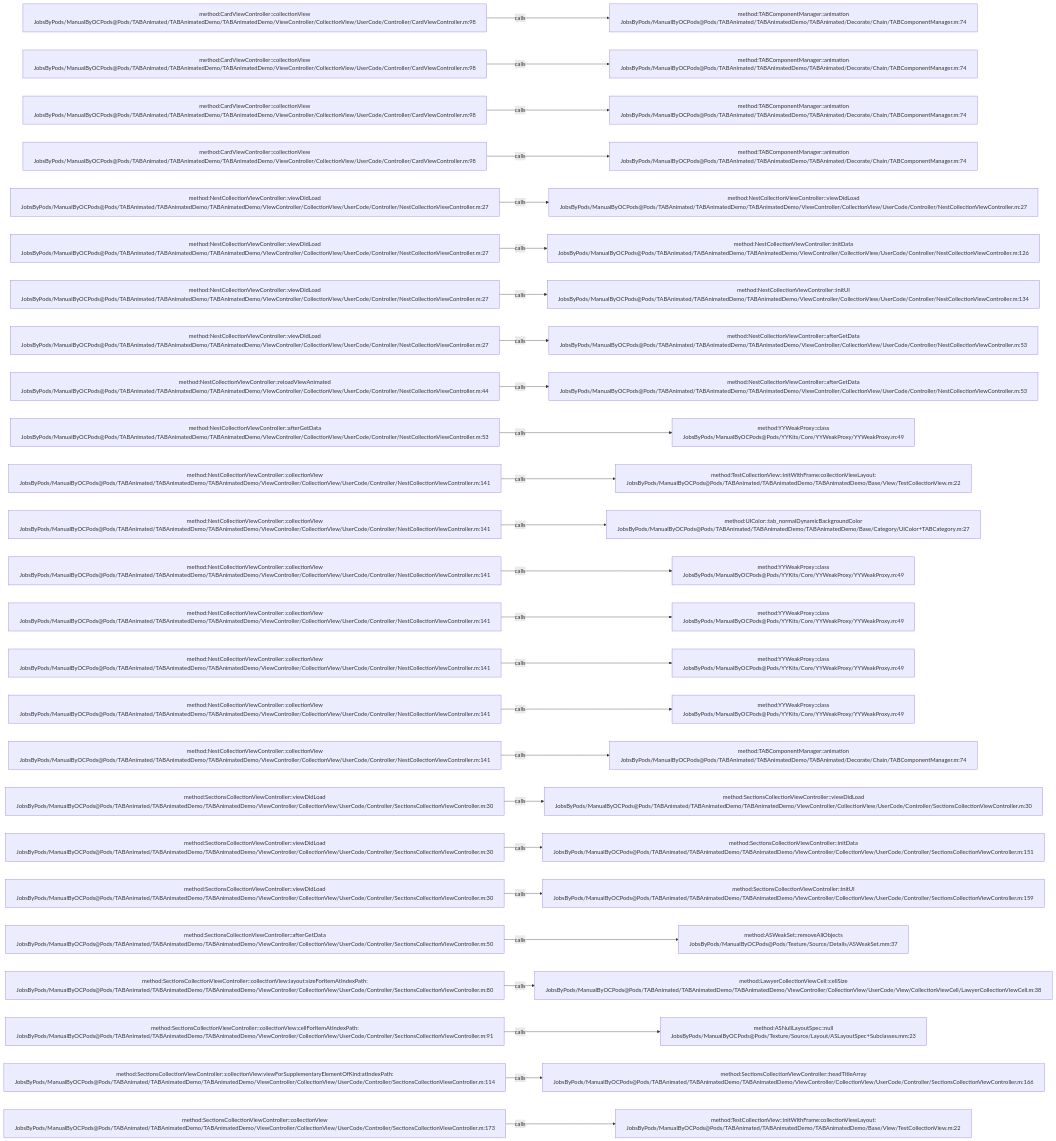
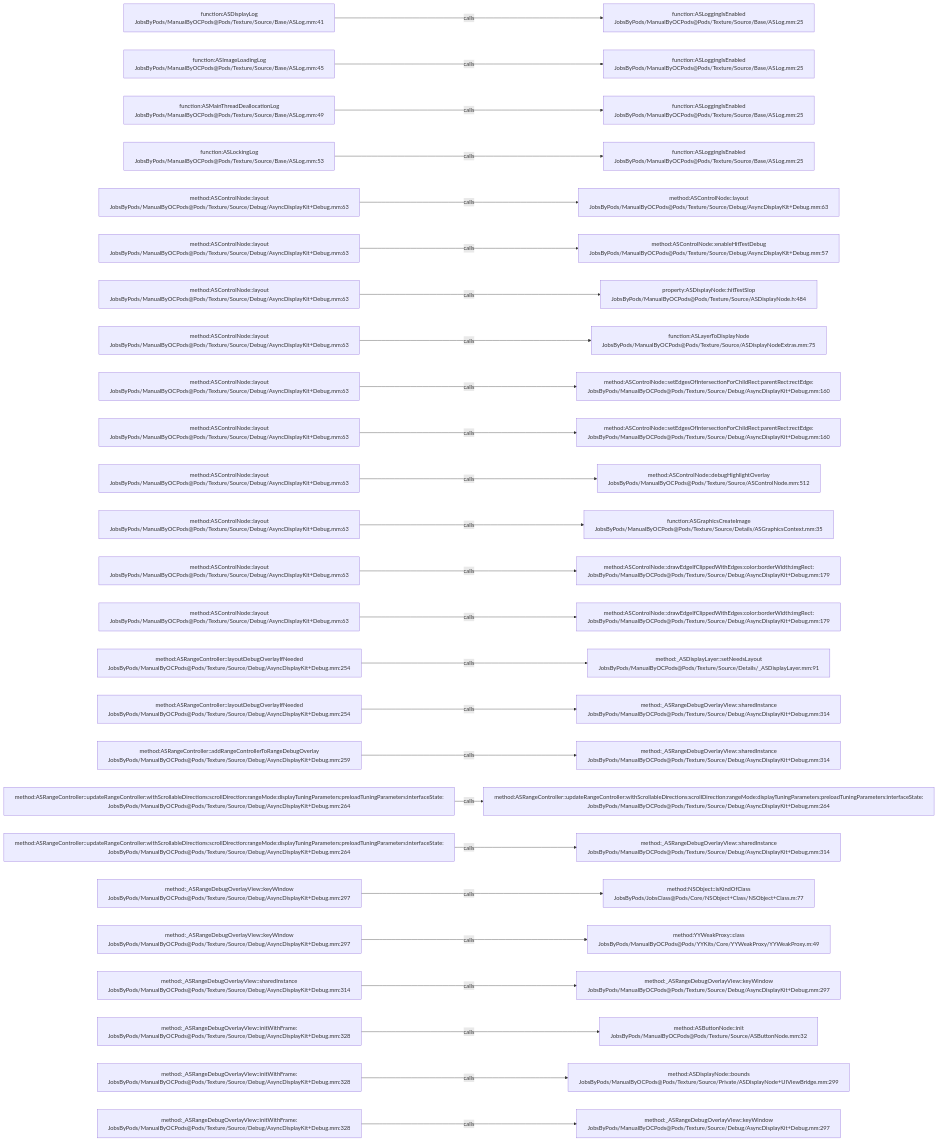
Before and after one commit to JobsKits/JobsOCBaseConfigDemo: the diagram in .codegraph/codegraph.md/graphs/calls-156.md, drawn with Mermaid. The commit also changed 2162 other files, not shown here.

````diff
--- a/.codegraph/codegraph.md/graphs/calls-156.md
+++ b/.codegraph/codegraph.md/graphs/calls-156.md
@@ -13,78 +13,78 @@
 ```mermaid
 flowchart LR
-  S1["method:CardViewController::collectionView<br/>JobsByPods/ManualByOCPods@Pods/TABAnimated/TABAnimatedDemo/TABAnimatedDemo/ViewController/CollectionView/UserCode/Controller/CardViewController.m:98"]
-  T1["method:TABComponentManager::animation<br/>JobsByPods/ManualByOCPods@Pods/TABAnimated/TABAnimatedDemo/TABAnimated/Decorate/Chain/TABComponentManager.m:74"]
+  S1["function:ASDisplayLog<br/>JobsByPods/ManualByOCPods@Pods/Texture/Source/Base/ASLog.mm:41"]
+  T1["function:ASLoggingIsEnabled<br/>JobsByPods/ManualByOCPods@Pods/Texture/Source/Base/ASLog.mm:25"]
   S1 -->|calls| T1
-  S2["method:CardViewController::collectionView<br/>JobsByPods/ManualByOCPods@Pods/TABAnimated/TABAnimatedDemo/TABAnimatedDemo/ViewController/CollectionView/UserCode/Controller/CardViewController.m:98"]
-  T2["method:TABComponentManager::animation<br/>JobsByPods/ManualByOCPods@Pods/TABAnimated/TABAnimatedDemo/TABAnimated/Decorate/Chain/TABComponentManager.m:74"]
+  S2["function:ASImageLoadingLog<br/>JobsByPods/ManualByOCPods@Pods/Texture/Source/Base/ASLog.mm:45"]
+  T2["function:ASLoggingIsEnabled<br/>JobsByPods/ManualByOCPods@Pods/Texture/Source/Base/ASLog.mm:25"]
   S2 -->|calls| T2
-  S3["method:CardViewController::collectionView<br/>JobsByPods/ManualByOCPods@Pods/TABAnimated/TABAnimatedDemo/TABAnimatedDemo/ViewController/CollectionView/UserCode/Controller/CardViewController.m:98"]
-  T3["method:TABComponentManager::animation<br/>JobsByPods/ManualByOCPods@Pods/TABAnimated/TABAnimatedDemo/TABAnimated/Decorate/Chain/TABComponentManager.m:74"]
+  S3["function:ASMainThreadDeallocationLog<br/>JobsByPods/ManualByOCPods@Pods/Texture/Source/Base/ASLog.mm:49"]
+  T3["function:ASLoggingIsEnabled<br/>JobsByPods/ManualByOCPods@Pods/Texture/Source/Base/ASLog.mm:25"]
   S3 -->|calls| T3
-  S4["method:CardViewController::collectionView<br/>JobsByPods/ManualByOCPods@Pods/TABAnimated/TABAnimatedDemo/TABAnimatedDemo/ViewController/CollectionView/UserCode/Controller/CardViewController.m:98"]
-  T4["method:TABComponentManager::animation<br/>JobsByPods/ManualByOCPods@Pods/TABAnimated/TABAnimatedDemo/TABAnimated/Decorate/Chain/TABComponentManager.m:74"]
+  S4["function:ASLockingLog<br/>JobsByPods/ManualByOCPods@Pods/Texture/Source/Base/ASLog.mm:53"]
+  T4["function:ASLoggingIsEnabled<br/>JobsByPods/ManualByOCPods@Pods/Texture/Source/Base/ASLog.mm:25"]
   S4 -->|calls| T4
-  S5["method:NestCollectionViewController::viewDidLoad<br/>JobsByPods/ManualByOCPods@Pods/TABAnimated/TABAnimatedDemo/TABAnimatedDemo/ViewController/CollectionView/UserCode/Controller/NestCollectionViewController.m:27"]
-  T5["method:NestCollectionViewController::viewDidLoad<br/>JobsByPods/ManualByOCPods@Pods/TABAnimated/TABAnimatedDemo/TABAnimatedDemo/ViewController/CollectionView/UserCode/Controller/NestCollectionViewController.m:27"]
+  S5["method:ASControlNode::layout<br/>JobsByPods/ManualByOCPods@Pods/Texture/Source/Debug/AsyncDisplayKit+Debug.mm:63"]
+  T5["method:ASControlNode::layout<br/>JobsByPods/ManualByOCPods@Pods/Texture/Source/Debug/AsyncDisplayKit+Debug.mm:63"]
   S5 -->|calls| T5
-  S6["method:NestCollectionViewController::viewDidLoad<br/>JobsByPods/ManualByOCPods@Pods/TABAnimated/TABAnimatedDemo/TABAnimatedDemo/ViewController/CollectionView/UserCode/Controller/NestCollectionViewController.m:27"]
-  T6["method:NestCollectionViewController::initData<br/>JobsByPods/ManualByOCPods@Pods/TABAnimated/TABAnimatedDemo/TABAnimatedDemo/ViewController/CollectionView/UserCode/Controller/NestCollectionViewController.m:126"]
+  S6["method:ASControlNode::layout<br/>JobsByPods/ManualByOCPods@Pods/Texture/Source/Debug/AsyncDisplayKit+Debug.mm:63"]
+  T6["method:ASControlNode::enableHitTestDebug<br/>JobsByPods/ManualByOCPods@Pods/Texture/Source/Debug/AsyncDisplayKit+Debug.mm:57"]
   S6 -->|calls| T6
-  S7["method:NestCollectionViewController::viewDidLoad<br/>JobsByPods/ManualByOCPods@Pods/TABAnimated/TABAnimatedDemo/TABAnimatedDemo/ViewController/CollectionView/UserCode/Controller/NestCollectionViewController.m:27"]
-  T7["method:NestCollectionViewController::initUI<br/>JobsByPods/ManualByOCPods@Pods/TABAnimated/TABAnimatedDemo/TABAnimatedDemo/ViewController/CollectionView/UserCode/Controller/NestCollectionViewController.m:134"]
+  S7["method:ASControlNode::layout<br/>JobsByPods/ManualByOCPods@Pods/Texture/Source/Debug/AsyncDisplayKit+Debug.mm:63"]
+  T7["property:ASDisplayNode::hitTestSlop<br/>JobsByPods/ManualByOCPods@Pods/Texture/Source/ASDisplayNode.h:484"]
   S7 -->|calls| T7
-  S8["method:NestCollectionViewController::viewDidLoad<br/>JobsByPods/ManualByOCPods@Pods/TABAnimated/TABAnimatedDemo/TABAnimatedDemo/ViewController/CollectionView/UserCode/Controller/NestCollectionViewController.m:27"]
-  T8["method:NestCollectionViewController::afterGetData<br/>JobsByPods/ManualByOCPods@Pods/TABAnimated/TABAnimatedDemo/TABAnimatedDemo/ViewController/CollectionView/UserCode/Controller/NestCollectionViewController.m:53"]
+  S8["method:ASControlNode::layout<br/>JobsByPods/ManualByOCPods@Pods/Texture/Source/Debug/AsyncDisplayKit+Debug.mm:63"]
+  T8["function:ASLayerToDisplayNode<br/>JobsByPods/ManualByOCPods@Pods/Texture/Source/ASDisplayNodeExtras.mm:75"]
   S8 -->|calls| T8
-  S9["method:NestCollectionViewController::reloadViewAnimated<br/>JobsByPods/ManualByOCPods@Pods/TABAnimated/TABAnimatedDemo/TABAnimatedDemo/ViewController/CollectionView/UserCode/Controller/NestCollectionViewController.m:44"]
-  T9["method:NestCollectionViewController::afterGetData<br/>JobsByPods/ManualByOCPods@Pods/TABAnimated/TABAnimatedDemo/TABAnimatedDemo/ViewController/CollectionView/UserCode/Controller/NestCollectionViewController.m:53"]
+  S9["method:ASControlNode::layout<br/>JobsByPods/ManualByOCPods@Pods/Texture/Source/Debug/AsyncDisplayKit+Debug.mm:63"]
+  T9["method:ASControlNode::setEdgesOfIntersectionForChildRect:parentRect:rectEdge:<br/>JobsByPods/ManualByOCPods@Pods/Texture/Source/Debug/AsyncDisplayKit+Debug.mm:160"]
   S9 -->|calls| T9
-  S10["method:NestCollectionViewController::afterGetData<br/>JobsByPods/ManualByOCPods@Pods/TABAnimated/TABAnimatedDemo/TABAnimatedDemo/ViewController/CollectionView/UserCode/Controller/NestCollectionViewController.m:53"]
-  T10["method:YYWeakProxy::class<br/>JobsByPods/ManualByOCPods@Pods/YYKits/Core/YYWeakProxy/YYWeakProxy.m:49"]
+  S10["method:ASControlNode::layout<br/>JobsByPods/ManualByOCPods@Pods/Texture/Source/Debug/AsyncDisplayKit+Debug.mm:63"]
+  T10["method:ASControlNode::setEdgesOfIntersectionForChildRect:parentRect:rectEdge:<br/>JobsByPods/ManualByOCPods@Pods/Texture/Source/Debug/AsyncDisplayKit+Debug.mm:160"]
   S10 -->|calls| T10
-  S11["method:NestCollectionViewController::collectionView<br/>JobsByPods/ManualByOCPods@Pods/TABAnimated/TABAnimatedDemo/TABAnimatedDemo/ViewController/CollectionView/UserCode/Controller/NestCollectionViewController.m:141"]
-  T11["method:TestCollectionView::initWithFrame:collectionViewLayout:<br/>JobsByPods/ManualByOCPods@Pods/TABAnimated/TABAnimatedDemo/TABAnimatedDemo/Base/View/TestCollectionView.m:22"]
+  S11["method:ASControlNode::layout<br/>JobsByPods/ManualByOCPods@Pods/Texture/Source/Debug/AsyncDisplayKit+Debug.mm:63"]
+  T11["method:ASControlNode::debugHighlightOverlay<br/>JobsByPods/ManualByOCPods@Pods/Texture/Source/ASControlNode.mm:512"]
   S11 -->|calls| T11
-  S12["method:NestCollectionViewController::collectionView<br/>JobsByPods/ManualByOCPods@Pods/TABAnimated/TABAnimatedDemo/TABAnimatedDemo/ViewController/CollectionView/UserCode/Controller/NestCollectionViewController.m:141"]
-  T12["method:UIColor::tab_normalDynamicBackgroundColor<br/>JobsByPods/ManualByOCPods@Pods/TABAnimated/TABAnimatedDemo/TABAnimatedDemo/Base/Category/UIColor+TABCategory.m:27"]
+  S12["method:ASControlNode::layout<br/>JobsByPods/ManualByOCPods@Pods/Texture/Source/Debug/AsyncDisplayKit+Debug.mm:63"]
+  T12["function:ASGraphicsCreateImage<br/>JobsByPods/ManualByOCPods@Pods/Texture/Source/Details/ASGraphicsContext.mm:35"]
   S12 -->|calls| T12
-  S13["method:NestCollectionViewController::collectionView<br/>JobsByPods/ManualByOCPods@Pods/TABAnimated/TABAnimatedDemo/TABAnimatedDemo/ViewController/CollectionView/UserCode/Controller/NestCollectionViewController.m:141"]
-  T13["method:YYWeakProxy::class<br/>JobsByPods/ManualByOCPods@Pods/YYKits/Core/YYWeakProxy/YYWeakProxy.m:49"]
+  S13["method:ASControlNode::layout<br/>JobsByPods/ManualByOCPods@Pods/Texture/Source/Debug/AsyncDisplayKit+Debug.mm:63"]
+  T13["method:ASControlNode::drawEdgeIfClippedWithEdges:color:borderWidth:imgRect:<br/>JobsByPods/ManualByOCPods@Pods/Texture/Source/Debug/AsyncDisplayKit+Debug.mm:179"]
   S13 -->|calls| T13
-  S14["method:NestCollectionViewController::collectionView<br/>JobsByPods/ManualByOCPods@Pods/TABAnimated/TABAnimatedDemo/TABAnimatedDemo/ViewController/CollectionView/UserCode/Controller/NestCollectionViewController.m:141"]
-  T14["method:YYWeakProxy::class<br/>JobsByPods/ManualByOCPods@Pods/YYKits/Core/YYWeakProxy/YYWeakProxy.m:49"]
+  S14["method:ASControlNode::layout<br/>JobsByPods/ManualByOCPods@Pods/Texture/Source/Debug/AsyncDisplayKit+Debug.mm:63"]
+  T14["method:ASControlNode::drawEdgeIfClippedWithEdges:color:borderWidth:imgRect:<br/>JobsByPods/ManualByOCPods@Pods/Texture/Source/Debug/AsyncDisplayKit+Debug.mm:179"]
   S14 -->|calls| T14
-  S15["method:NestCollectionViewController::collectionView<br/>JobsByPods/ManualByOCPods@Pods/TABAnimated/TABAnimatedDemo/TABAnimatedDemo/ViewController/CollectionView/UserCode/Controller/NestCollectionViewController.m:141"]
-  T15["method:YYWeakProxy::class<br/>JobsByPods/ManualByOCPods@Pods/YYKits/Core/YYWeakProxy/YYWeakProxy.m:49"]
+  S15["method:ASRangeController::layoutDebugOverlayIfNeeded<br/>JobsByPods/ManualByOCPods@Pods/Texture/Source/Debug/AsyncDisplayKit+Debug.mm:254"]
+  T15["method:_ASDisplayLayer::setNeedsLayout<br/>JobsByPods/ManualByOCPods@Pods/Texture/Source/Details/_ASDisplayLayer.mm:91"]
   S15 -->|calls| T15
-  S16["method:NestCollectionViewController::collectionView<br/>JobsByPods/ManualByOCPods@Pods/TABAnimated/TABAnimatedDemo/TABAnimatedDemo/ViewController/CollectionView/UserCode/Controller/NestCollectionViewController.m:141"]
-  T16["method:YYWeakProxy::class<br/>JobsByPods/ManualByOCPods@Pods/YYKits/Core/YYWeakProxy/YYWeakProxy.m:49"]
+  S16["method:ASRangeController::layoutDebugOverlayIfNeeded<br/>JobsByPods/ManualByOCPods@Pods/Texture/Source/Debug/AsyncDisplayKit+Debug.mm:254"]
+  T16["method:_ASRangeDebugOverlayView::sharedInstance<br/>JobsByPods/ManualByOCPods@Pods/Texture/Source/Debug/AsyncDisplayKit+Debug.mm:314"]
   S16 -->|calls| T16
-  S17["method:NestCollectionViewController::collectionView<br/>JobsByPods/ManualByOCPods@Pods/TABAnimated/TABAnimatedDemo/TABAnimatedDemo/ViewController/CollectionView/UserCode/Controller/NestCollectionViewController.m:141"]
-  T17["method:TABComponentManager::animation<br/>JobsByPods/ManualByOCPods@Pods/TABAnimated/TABAnimatedDemo/TABAnimated/Decorate/Chain/TABComponentManager.m:74"]
+  S17["method:ASRangeController::addRangeControllerToRangeDebugOverlay<br/>JobsByPods/ManualByOCPods@Pods/Texture/Source/Debug/AsyncDisplayKit+Debug.mm:259"]
+  T17["method:_ASRangeDebugOverlayView::sharedInstance<br/>JobsByPods/ManualByOCPods@Pods/Texture/Source/Debug/AsyncDisplayKit+Debug.mm:314"]
   S17 -->|calls| T17
-  S18["method:SectionsCollectionViewController::viewDidLoad<br/>JobsByPods/ManualByOCPods@Pods/TABAnimated/TABAnimatedDemo/TABAnimatedDemo/ViewController/CollectionView/UserCode/Controller/SectionsCollectionViewController.m:30"]
-  T18["method:SectionsCollectionViewController::viewDidLoad<br/>JobsByPods/ManualByOCPods@Pods/TABAnimated/TABAnimatedDemo/TABAnimatedDemo/ViewController/CollectionView/UserCode/Controller/SectionsCollectionViewController.m:30"]
+  S18["method:ASRangeController::updateRangeController:withScrollableDirections:scrollDirection:rangeMode:displayTuningParameters:preloadTuningParameters:interfaceState:<br/>JobsByPods/ManualByOCPods@Pods/Texture/Source/Debug/AsyncDisplayKit+Debug.mm:264"]
+  T18["method:ASRangeController::updateRangeController:withScrollableDirections:scrollDirection:rangeMode:displayTuningParameters:preloadTuningParameters:interfaceState:<br/>JobsByPods/ManualByOCPods@Pods/Texture/Source/Debug/AsyncDisplayKit+Debug.mm:264"]
   S18 -->|calls| T18
-  S19["method:SectionsCollectionViewController::viewDidLoad<br/>JobsByPods/ManualByOCPods@Pods/TABAnimated/TABAnimatedDemo/TABAnimatedDemo/ViewController/CollectionView/UserCode/Controller/SectionsCollectionViewController.m:30"]
-  T19["method:SectionsCollectionViewController::initData<br/>JobsByPods/ManualByOCPods@Pods/TABAnimated/TABAnimatedDemo/TABAnimatedDemo/ViewController/CollectionView/UserCode/Controller/SectionsCollectionViewController.m:151"]
+  S19["method:ASRangeController::updateRangeController:withScrollableDirections:scrollDirection:rangeMode:displayTuningParameters:preloadTuningParameters:interfaceState:<br/>JobsByPods/ManualByOCPods@Pods/Texture/Source/Debug/AsyncDisplayKit+Debug.mm:264"]
+  T19["method:_ASRangeDebugOverlayView::sharedInstance<br/>JobsByPods/ManualByOCPods@Pods/Texture/Source/Debug/AsyncDisplayKit+Debug.mm:314"]
   S19 -->|calls| T19
-  S20["method:SectionsCollectionViewController::viewDidLoad<br/>JobsByPods/ManualByOCPods@Pods/TABAnimated/TABAnimatedDemo/TABAnimatedDemo/ViewController/CollectionView/UserCode/Controller/SectionsCollectionViewController.m:30"]
-  T20["method:SectionsCollectionViewController::initUI<br/>JobsByPods/ManualByOCPods@Pods/TABAnimated/TABAnimatedDemo/TABAnimatedDemo/ViewController/CollectionView/UserCode/Controller/SectionsCollectionViewController.m:159"]
+  S20["method:_ASRangeDebugOverlayView::keyWindow<br/>JobsByPods/ManualByOCPods@Pods/Texture/Source/Debug/AsyncDisplayKit+Debug.mm:297"]
+  T20["method:NSObject::isKindOfClass<br/>JobsByPods/JobsClass@Pods/Core/NSObject+Class/NSObject+Class.m:77"]
   S20 -->|calls| T20
-  S21["method:SectionsCollectionViewController::afterGetData<br/>JobsByPods/ManualByOCPods@Pods/TABAnimated/TABAnimatedDemo/TABAnimatedDemo/ViewController/CollectionView/UserCode/Controller/SectionsCollectionViewController.m:50"]
-  T21["method:ASWeakSet::removeAllObjects<br/>JobsByPods/ManualByOCPods@Pods/Texture/Source/Details/ASWeakSet.mm:37"]
+  S21["method:_ASRangeDebugOverlayView::keyWindow<br/>JobsByPods/ManualByOCPods@Pods/Texture/Source/Debug/AsyncDisplayKit+Debug.mm:297"]
+  T21["method:YYWeakProxy::class<br/>JobsByPods/ManualByOCPods@Pods/YYKits/Core/YYWeakProxy/YYWeakProxy.m:49"]
   S21 -->|calls| T21
-  S22["method:SectionsCollectionViewController::collectionView:layout:sizeForItemAtIndexPath:<br/>JobsByPods/ManualByOCPods@Pods/TABAnimated/TABAnimatedDemo/TABAnimatedDemo/ViewController/CollectionView/UserCode/Controller/SectionsCollectionViewController.m:80"]
-  T22["method:LawyerCollectionViewCell::cellSize<br/>JobsByPods/ManualByOCPods@Pods/TABAnimated/TABAnimatedDemo/TABAnimatedDemo/ViewController/CollectionView/UserCode/View/CollectionViewCell/LawyerCollectionViewCell.m:38"]
+  S22["method:_ASRangeDebugOverlayView::sharedInstance<br/>JobsByPods/ManualByOCPods@Pods/Texture/Source/Debug/AsyncDisplayKit+Debug.mm:314"]
+  T22["method:_ASRangeDebugOverlayView::keyWindow<br/>JobsByPods/ManualByOCPods@Pods/Texture/Source/Debug/AsyncDisplayKit+Debug.mm:297"]
   S22 -->|calls| T22
-  S23["method:SectionsCollectionViewController::collectionView:cellForItemAtIndexPath:<br/>JobsByPods/ManualByOCPods@Pods/TABAnimated/TABAnimatedDemo/TABAnimatedDemo/ViewController/CollectionView/UserCode/Controller/SectionsCollectionViewController.m:91"]
-  T23["method:ASNullLayoutSpec::null<br/>JobsByPods/ManualByOCPods@Pods/Texture/Source/Layout/ASLayoutSpec+Subclasses.mm:23"]
+  S23["method:_ASRangeDebugOverlayView::initWithFrame:<br/>JobsByPods/ManualByOCPods@Pods/Texture/Source/Debug/AsyncDisplayKit+Debug.mm:328"]
+  T23["method:ASButtonNode::init<br/>JobsByPods/ManualByOCPods@Pods/Texture/Source/ASButtonNode.mm:32"]
   S23 -->|calls| T23
-  S24["method:SectionsCollectionViewController::collectionView:viewForSupplementaryElementOfKind:atIndexPath:<br/>JobsByPods/ManualByOCPods@Pods/TABAnimated/TABAnimatedDemo/TABAnimatedDemo/ViewController/CollectionView/UserCode/Controller/SectionsCollectionViewController.m:114"]
-  T24["method:SectionsCollectionViewController::headTitleArray<br/>JobsByPods/ManualByOCPods@Pods/TABAnimated/TABAnimatedDemo/TABAnimatedDemo/ViewController/CollectionView/UserCode/Controller/SectionsCollectionViewController.m:166"]
+  S24["method:_ASRangeDebugOverlayView::initWithFrame:<br/>JobsByPods/ManualByOCPods@Pods/Texture/Source/Debug/AsyncDisplayKit+Debug.mm:328"]
+  T24["method:ASDisplayNode::bounds<br/>JobsByPods/ManualByOCPods@Pods/Texture/Source/Private/ASDisplayNode+UIViewBridge.mm:299"]
   S24 -->|calls| T24
-  S25["method:SectionsCollectionViewController::collectionView<br/>JobsByPods/ManualByOCPods@Pods/TABAnimated/TABAnimatedDemo/TABAnimatedDemo/ViewController/CollectionView/UserCode/Controller/SectionsCollectionViewController.m:173"]
-  T25["method:TestCollectionView::initWithFrame:collectionViewLayout:<br/>JobsByPods/ManualByOCPods@Pods/TABAnimated/TABAnimatedDemo/TABAnimatedDemo/Base/View/TestCollectionView.m:22"]
+  S25["method:_ASRangeDebugOverlayView::initWithFrame:<br/>JobsByPods/ManualByOCPods@Pods/Texture/Source/Debug/AsyncDisplayKit+Debug.mm:328"]
+  T25["method:_ASRangeDebugOverlayView::keyWindow<br/>JobsByPods/ManualByOCPods@Pods/Texture/Source/Debug/AsyncDisplayKit+Debug.mm:297"]
   S25 -->|calls| T25
 ```
````
